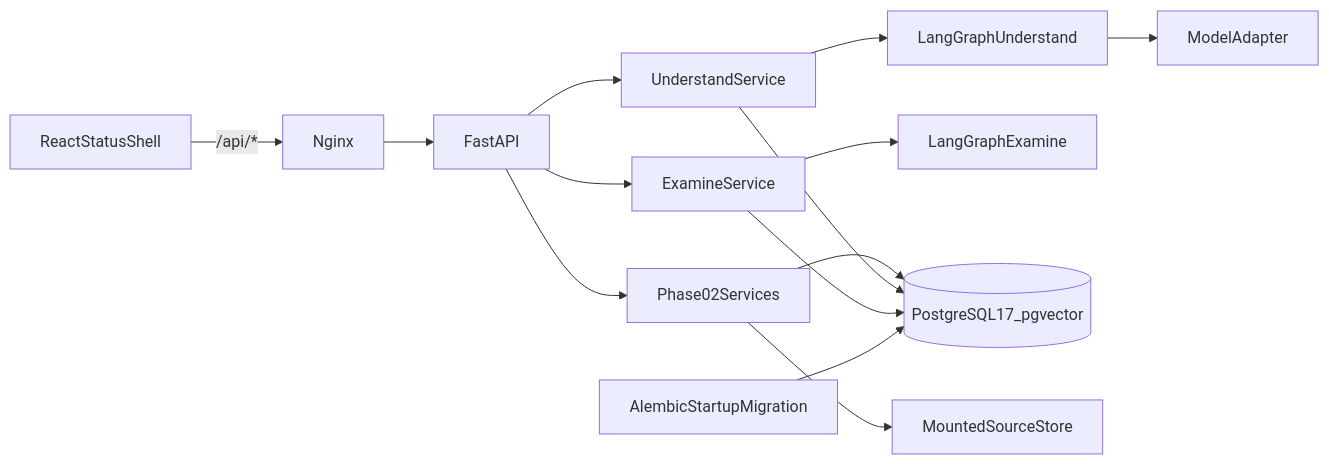
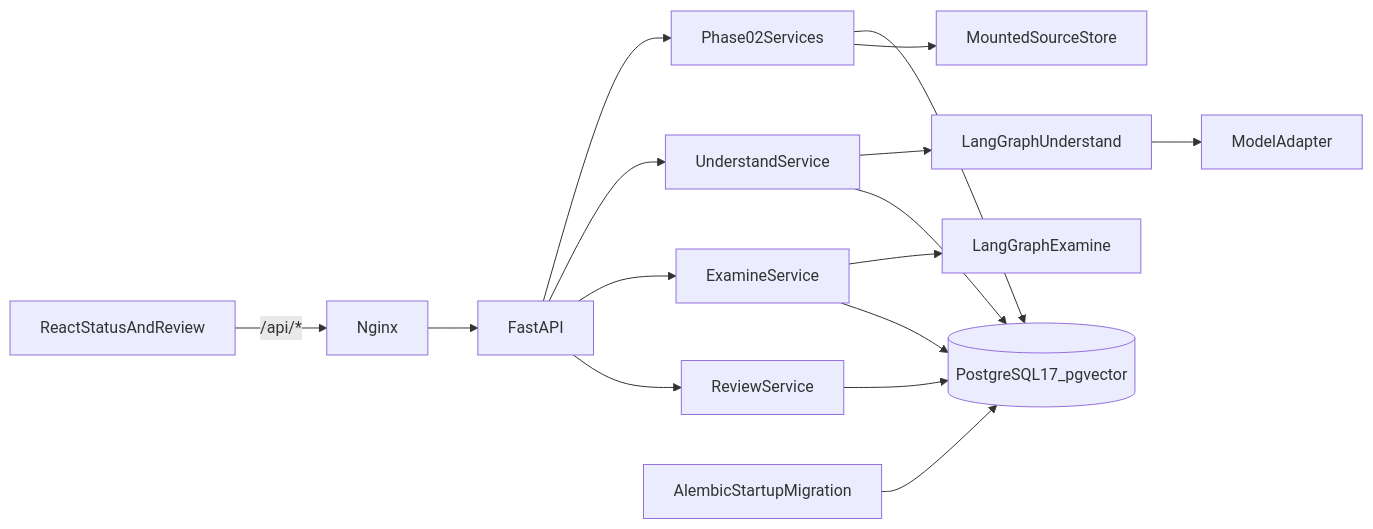
The first of 6 diagrams in docs/architecture.md (Rahul9214/doctask-rahul-ranjan), drawn with Mermaid before and after one commit. The commit also changed other lines of this file and 25 other files, not shown here.

````diff
--- a/docs/architecture.md
+++ b/docs/architecture.md
@@ -58,16 +55,18 @@
 ```mermaid
 flowchart LR
-    Browser[ReactStatusShell] -->|/api/*| Nginx[Nginx]
+    Browser[ReactStatusAndReview] -->|/api/*| Nginx[Nginx]
     Nginx --> API[FastAPI]
     API --> P2[Phase02Services]
     API --> P3[UnderstandService]
     API --> P4[ExamineService]
+    API --> P5[ReviewService]
     P3 --> Graph[LangGraphUnderstand]
     P4 --> ExamineGraph[LangGraphExamine]
     Graph --> Model[ModelAdapter]
     P2 --> DB[(PostgreSQL17_pgvector)]
     P3 --> DB
     P4 --> DB
+    P5 --> DB
     P2 --> Store[MountedSourceStore]
     Alembic[AlembicStartupMigration] --> DB
 ```
````
